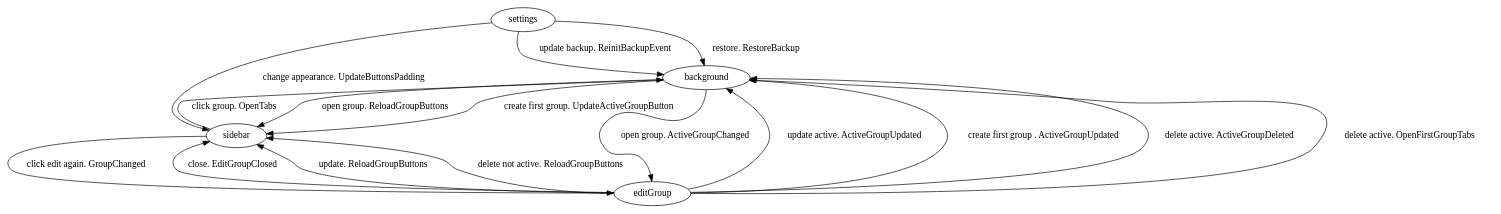
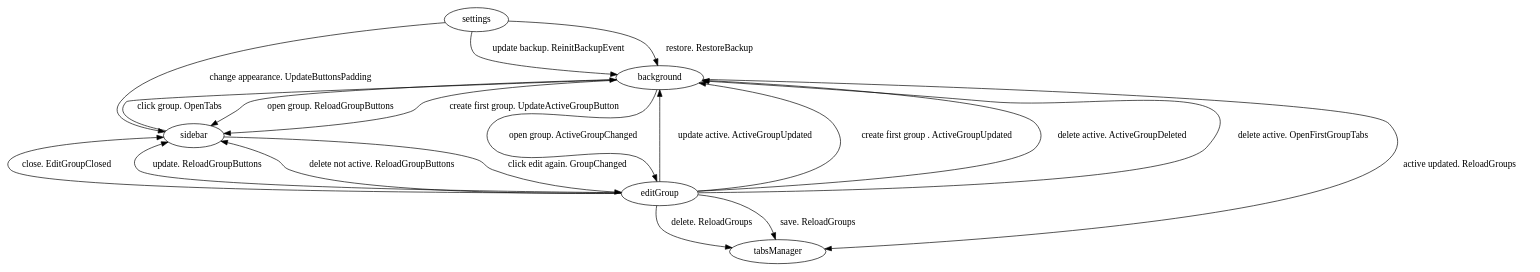
One commit to EoinKanro/sidebar-tab-groups changed the diagram in SCHEME.dot. Above: the diagram before and after it, drawn with Graphviz. The commit also changed 9 other files, not shown here.

First line of the commit message:
Feature request: move tabs from one group to another (#3)

```diff
--- a/SCHEME.dot
+++ b/SCHEME.dot
@@ -1,28 +1,32 @@
 digraph G {
 
     background,
     sidebar,
     editGroup,
-    settings
+    settings,
+    tabsManager
 
 
     background -> editGroup [ label="open group. ActiveGroupChanged" ]
     background -> sidebar [ label="open group. ReloadGroupButtons" ]
     background -> sidebar [ label="create first group. UpdateActiveGroupButton" ]
+    background -> tabsManager [ label="active updated. ReloadGroups"]
 
     sidebar -> background [ label="click group. OpenTabs" ]
     sidebar -> editGroup [ label="click edit again. GroupChanged" ]
 
     editGroup -> sidebar [ label="close. EditGroupClosed" ]
     editGroup -> background [ label="update active. ActiveGroupUpdated" ]
     editGroup -> background [ label="create first group . ActiveGroupUpdated" ]
     editGroup -> sidebar [ label="update. ReloadGroupButtons" ]
     editGroup -> background [ label="delete active. ActiveGroupDeleted" ]
     editGroup -> background [ label="delete active. OpenFirstGroupTabs" ]
     editGroup -> sidebar [ label="delete not active. ReloadGroupButtons" ]
+    editGroup -> tabsManager [ label="delete. ReloadGroups" ]
+    editGroup -> tabsManager [ label="save. ReloadGroups" ]
 
     settings -> background [ label="restore. RestoreBackup" ]
     settings -> background [ label="update backup. ReinitBackupEvent" ]
     settings -> sidebar [ label="change appearance. UpdateButtonsPadding" ]
 
 }
```
